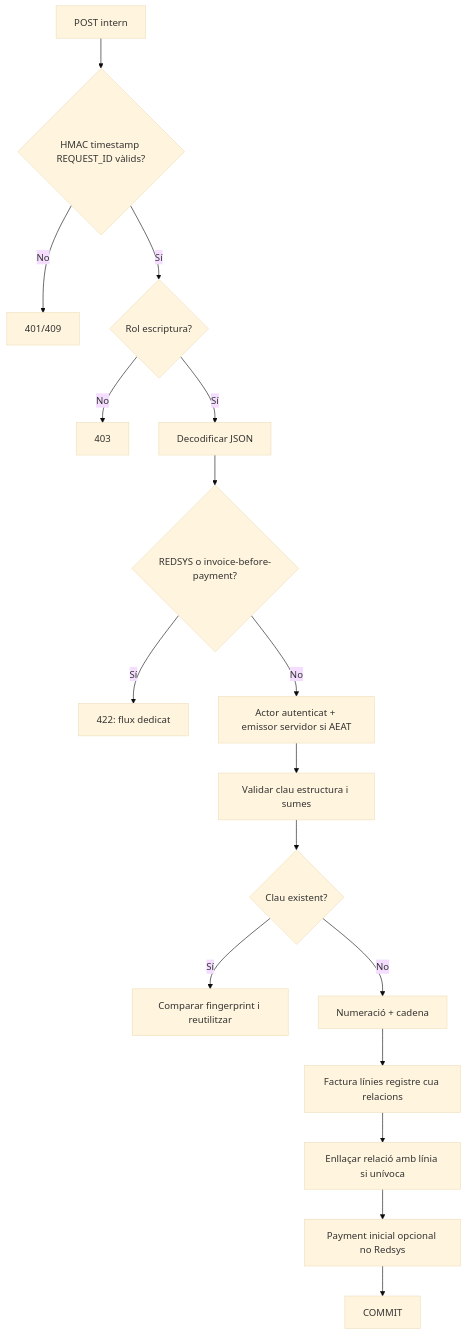
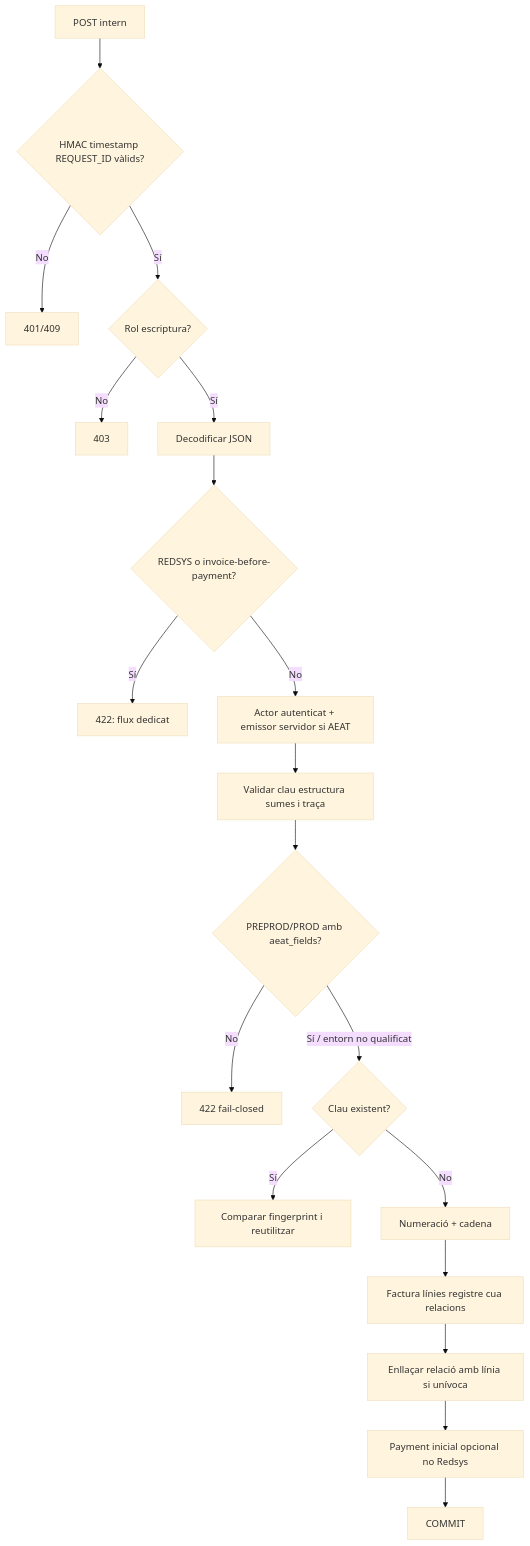
One commit to orgmeriemprismacat-del/verifactu changed the first of 2 diagrams in documentacio/07-uml-integrat/uc-001-activitats-superficies-actual-final.md. Above: the diagram before and after it, drawn with Mermaid (base theme). The commit also changed other lines of this file, not shown here.

Commit message:
docs(UC-001): reflectir fail-closed AEAT en activitats

````diff
--- a/documentacio/07-uml-integrat/uc-001-activitats-superficies-actual-final.md
+++ b/documentacio/07-uml-integrat/uc-001-activitats-superficies-actual-final.md
@@ -15,19 +15,21 @@
 ```mermaid
 flowchart TD
 A[POST intern] --> B{HMAC timestamp REQUEST_ID vàlids?}
 B -- No --> X[401/409]
 B -- Sí --> C{Rol escriptura?}
 C -- No --> Y[403]
 C -- Sí --> D[Decodificar JSON]
 D --> E{REDSYS o invoice-before-payment?}
 E -- Sí --> Z[422: flux dedicat]
 E -- No --> F[Actor autenticat + emissor servidor si AEAT]
-F --> G[Validar clau estructura i sumes]
-G --> H{Clau existent?}
+F --> G[Validar clau estructura sumes i traça]
+G --> G2{PREPROD/PROD amb aeat_fields?}
+G2 -- No --> Z2[422 fail-closed]
+G2 -- Sí / entorn no qualificat --> H{Clau existent?}
 H -- Sí --> I[Comparar fingerprint i reutilitzar]
 H -- No --> J[Numeració + cadena]
 J --> K[Factura línies registre cua relacions]
 K --> L[Enllaçar relació amb línia si unívoca]
 L --> M[Payment inicial opcional no Redsys]
 M --> N[COMMIT]
 ```
````
